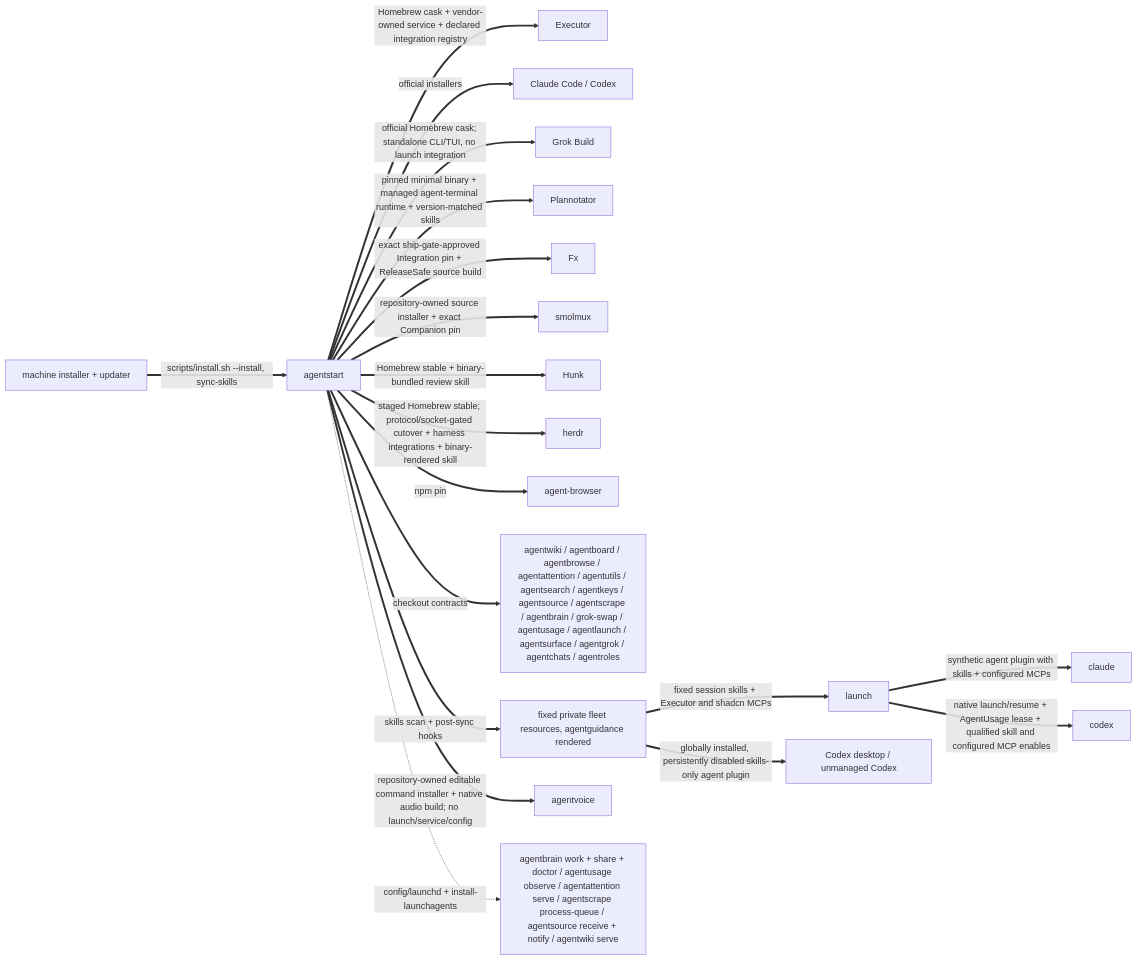
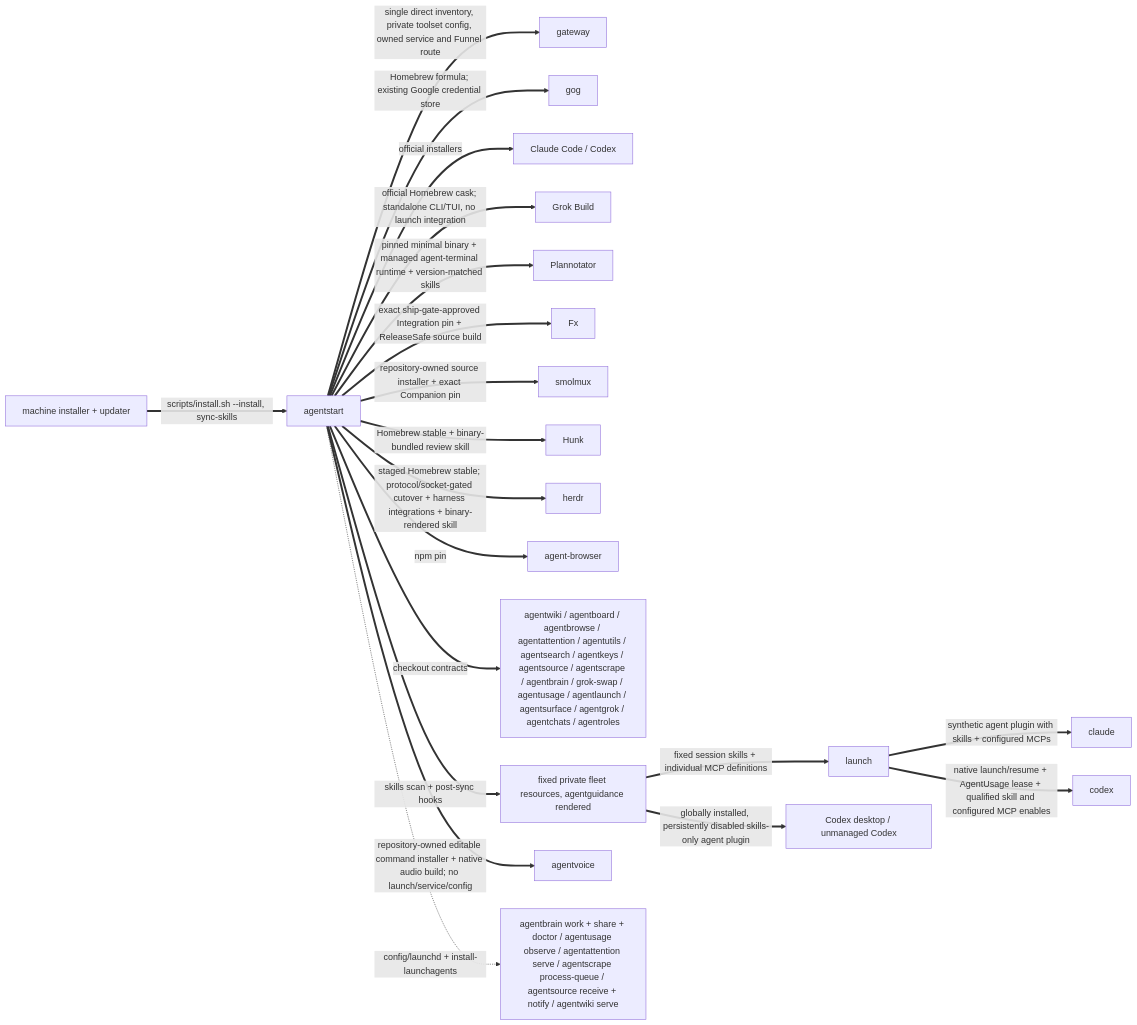
One commit to possibilities/agentstart changed the second of 3 diagrams in skills/fleet/MAP.md. Above: the diagram before and after it, drawn with Mermaid. The commit also changed other lines of this file and 33 other files, not shown here.

Commit message:
Replace Executor with direct MCPs and authenticated toolsets

````diff
--- a/skills/fleet/MAP.md
+++ b/skills/fleet/MAP.md
@@ -104,24 +105,25 @@
 ```mermaid
 flowchart LR
     machine[machine installer + updater]
     start[agentstart]
 
     machine ==>|scripts/install.sh --install, sync-skills| start
-    start ==>|Homebrew cask + vendor-owned service + declared integration registry| executor[Executor]
+    start ==>|single direct inventory, private toolset config, owned service and Funnel route| gateway
+    start ==>|Homebrew formula; existing Google credential store| gog
     start ==>|official installers| harnesses[Claude Code / Codex]
     start ==>|official Homebrew cask; standalone CLI/TUI, no launch integration| grok[Grok Build]
     start ==>|pinned minimal binary + managed agent-terminal runtime + version-matched skills| plannotator[Plannotator]
     start ==>|exact ship-gate-approved Integration pin + ReleaseSafe source build| fx[Fx]
     start ==>|repository-owned source installer + exact Companion pin| smolmuxInstall[smolmux]
     start ==>|Homebrew stable + binary-bundled review skill| hunk[Hunk]
     start ==>|staged Homebrew stable; protocol/socket-gated cutover + harness integrations + binary-rendered skill| herdrInstall[herdr]
     start ==>|npm pin| browser[agent-browser]
     start ==>|checkout contracts| fleet[agentwiki / agentboard / agentbrowse / agentattention / agentutils / agentsearch / agentkeys / agentsource / agentscrape / agentbrain / grok-swap / agentusage / agentlaunch / agentsurface / agentgrok / agentchats / agentroles]
     start ==>|skills scan + post-sync hooks| skills[fixed private fleet resources, agentguidance rendered]
     start ==>|repository-owned editable command installer + native audio build; no launch/service/config| voiceInstall[agentvoice]
-    skills ==>|fixed session skills + Executor and shadcn MCPs| launch
+    skills ==>|fixed session skills + individual MCP definitions| launch
     launch ==>|synthetic agent plugin with skills + configured MCPs| claude
     launch ==>|native launch/resume + AgentUsage lease + qualified skill and configured MCP enables| codex
     skills ==>|globally installed, persistently disabled skills-only agent plugin| codexDesktop[Codex desktop / unmanaged Codex]
     start -.->|config/launchd + install-launchagents| services[agentbrain work + share + doctor / agentusage observe / agentattention serve / agentscrape process-queue / agentsource receive + notify / agentwiki serve]
 ```
````
